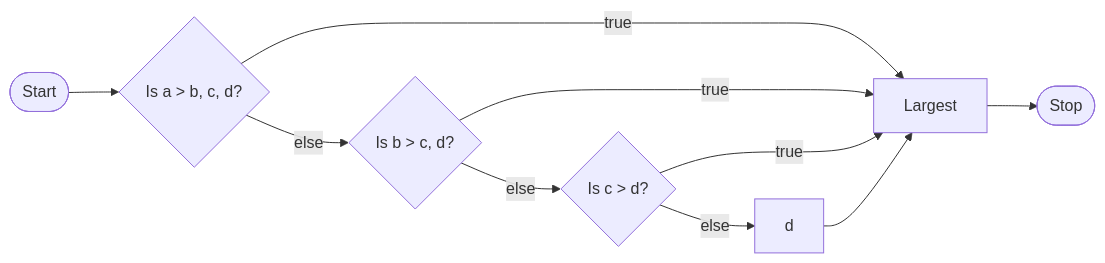
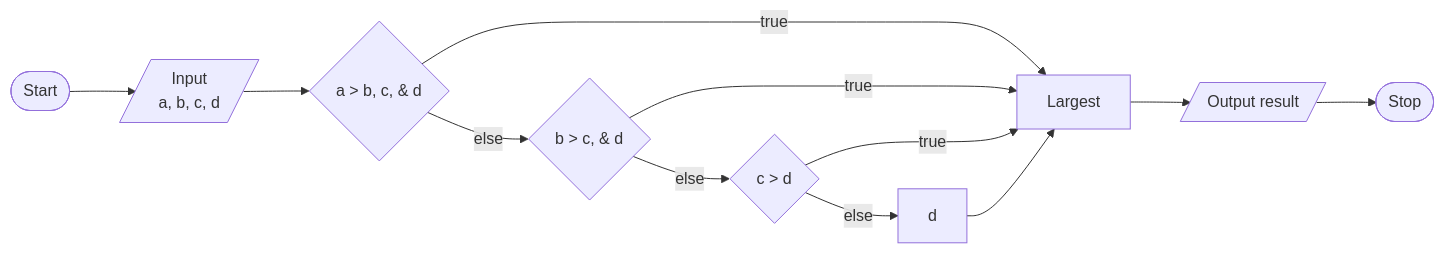
One commit to Tehgonk/Week-2 changed the second of 2 diagrams in Exercise 1/README.md. Above: the diagram before and after it, drawn with Mermaid. The commit also changed other lines of this file, not shown here.

````diff
--- a/Exercise 1/README.md
+++ b/Exercise 1/README.md
@@ -38,21 +38,24 @@
 ```mermaid
+flowchart LR
+START([Start])
+INPUT[/Input<br>a, b, c, d/]
+A{a > b, c, & d}
+B{b > c, & d}
+C{c > d}
+d
+LARGE[Largest]
+OUT[/Output result/]
+STOP([Stop])
 
-flowchart LR
-
-S([Start]) --> A{Is a > b, c, d?}
-
-A --> |true| Largest
-
-A --> |else| B{Is b > c, d?}
-
-B --> |true| Largest
-
-B --> |else| C{Is c > d?}
-
-C --> |true| Largest
-
-C --> |else| d --> Largest
-
-Largest --> ST([Stop])
-
+START --> INPUT
+INPUT --> A
+A --> |true|LARGE
+A -->|else| B
+B --> |true|LARGE
+B -->|else| C
+C --> |true|LARGE
+C -->|else| d
+d --> LARGE
+LARGE --> OUT
+OUT --> STOP
 ```
````
